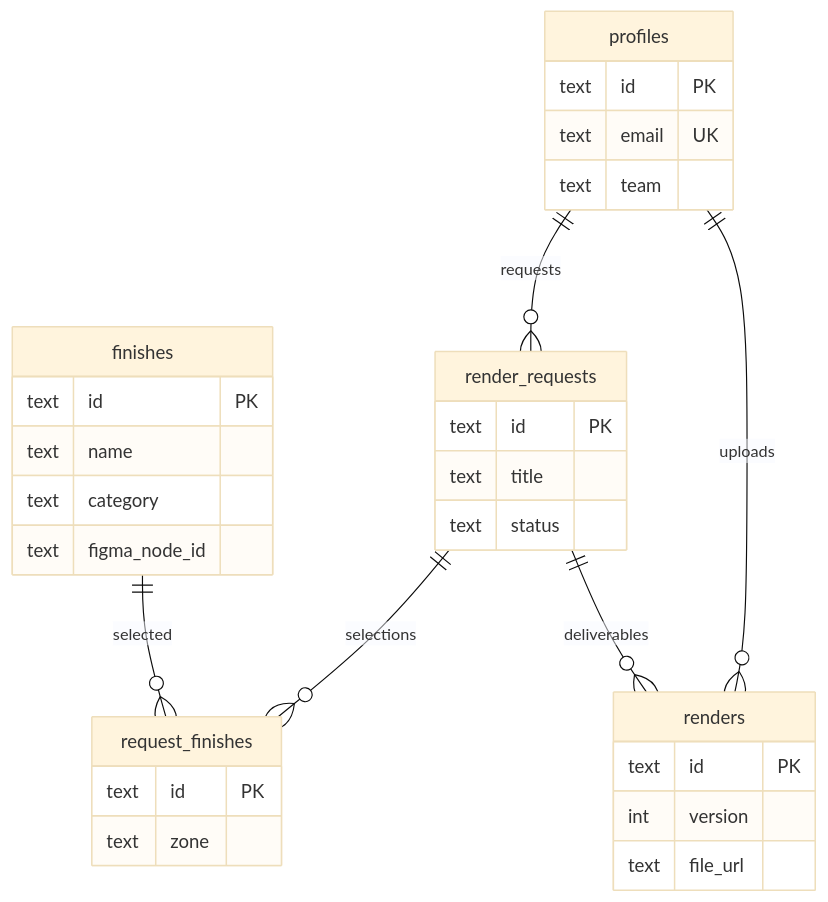
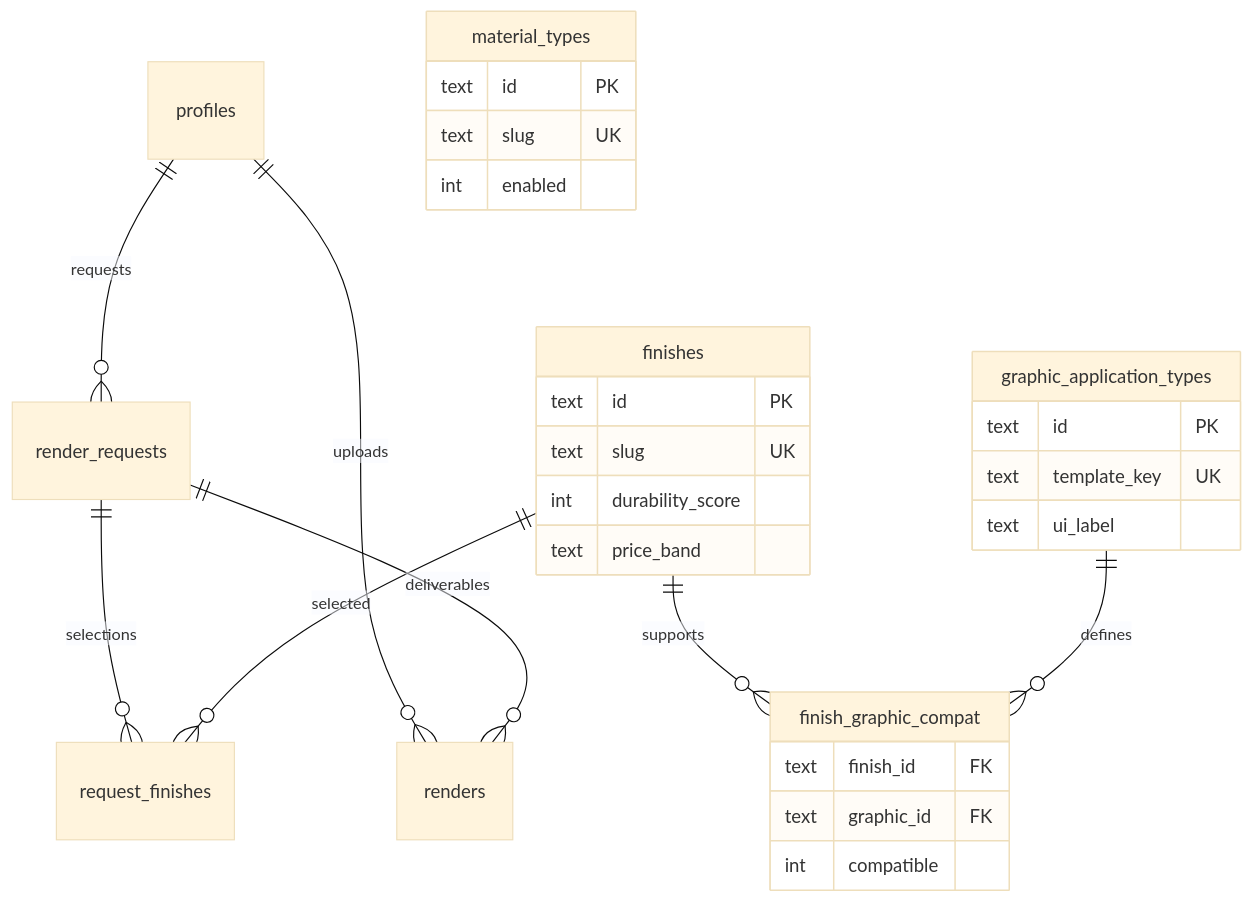
One commit to SWFTstudios/core-home-finish-library changed the diagram in docs/05-data-model.md. Above: the diagram before and after it, drawn with Mermaid (base theme). The commit also changed other lines of this file and 74 other files, not shown here.

````diff
--- a/docs/05-data-model.md
+++ b/docs/05-data-model.md
@@ -19,34 +19,32 @@
 ```mermaid
 erDiagram
   profiles ||--o{ render_requests : requests
   profiles ||--o{ renders : uploads
   render_requests ||--o{ request_finishes : selections
   finishes ||--o{ request_finishes : selected
+  finishes ||--o{ finish_graphic_compat : supports
+  graphic_application_types ||--o{ finish_graphic_compat : defines
   render_requests ||--o{ renders : deliverables
 
-  profiles {
+  material_types {
     text id PK
-    text email UK
-    text team
+    text slug UK
+    int enabled
+  }
+  graphic_application_types {
+    text id PK
+    text template_key UK
+    text ui_label
   }
   finishes {
     text id PK
-    text name
-    text category
-    text figma_node_id
+    text slug UK
+    int durability_score
+    text price_band
   }
-  render_requests {
-    text id PK
-    text title
-    text status
-  }
-  request_finishes {
-    text id PK
-    text zone
-  }
-  renders {
-    text id PK
-    int version
-    text file_url
+  finish_graphic_compat {
+    text finish_id FK
+    text graphic_id FK
+    int compatible
   }
 ```
````
